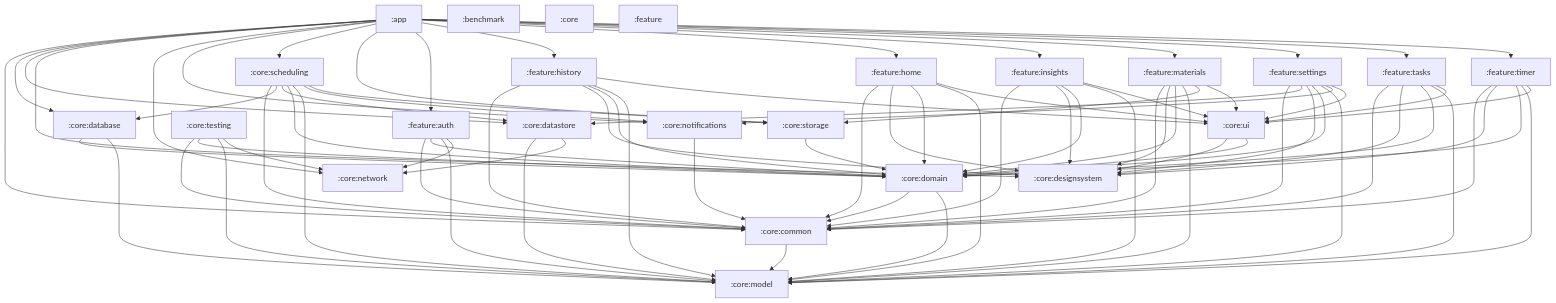
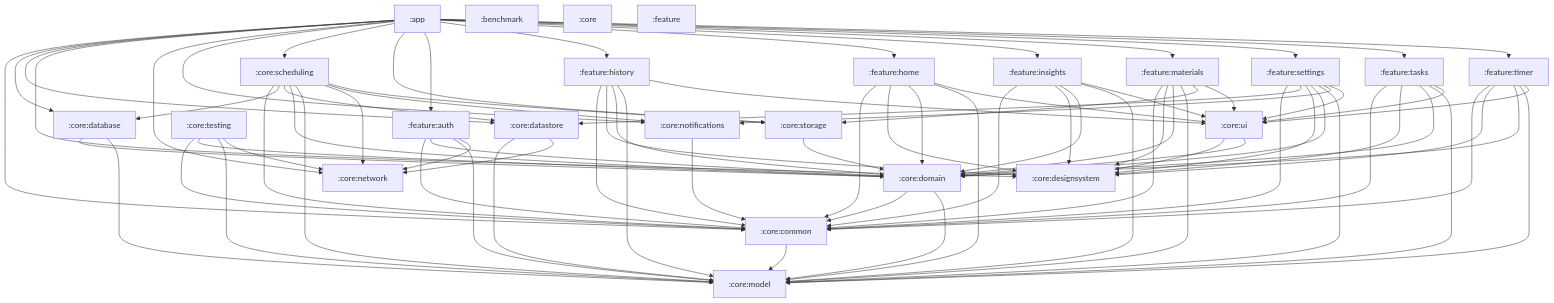
One commit to konarsubhojit/study-app changed the diagram in docs/module-graph.md. Above: the diagram before and after it, drawn with Mermaid. The commit also changed 39 other files, not shown here.

```diff
--- a/docs/module-graph.md
+++ b/docs/module-graph.md
@@ -60,6 +60,7 @@
     core_scheduling --> core_datastore
     core_scheduling --> core_domain
     core_scheduling --> core_model
+    core_scheduling --> core_network
     core_scheduling --> core_notifications
     core_scheduling --> core_storage
     core_storage --> core_domain
```
